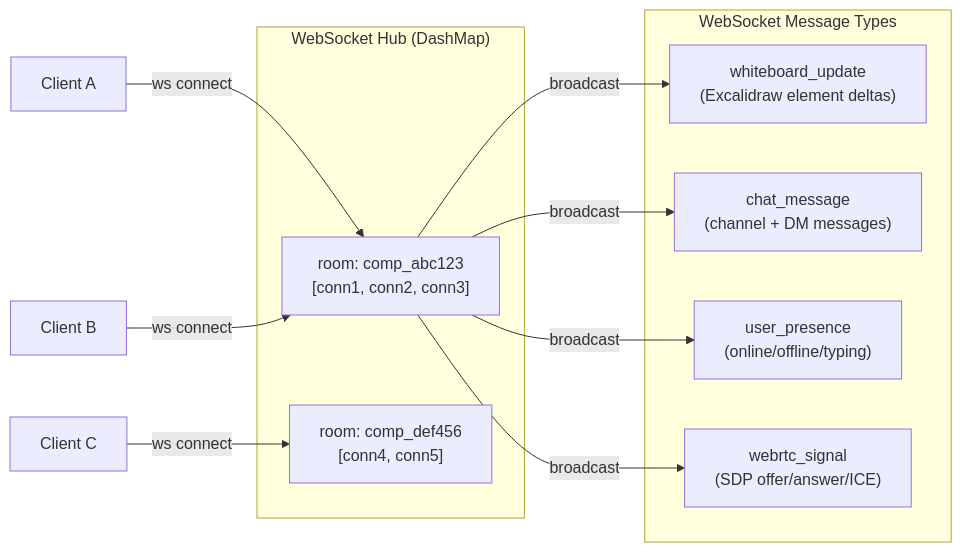
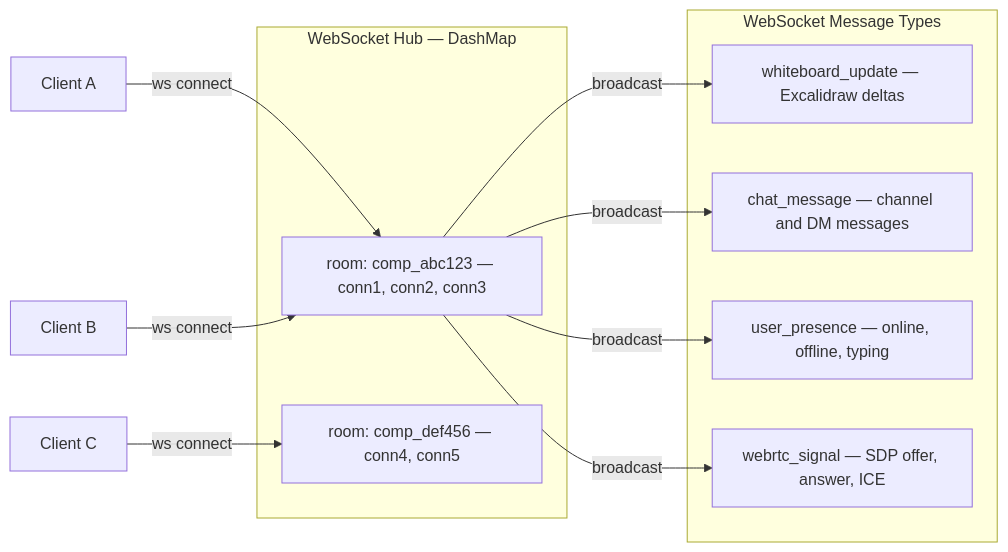
Before and after one commit to aryansrao/theysynced: the fifth of 5 diagrams in README.md, drawn with Mermaid. The commit also changed other lines of this file, not shown here.

First line of the commit message:
fix: repair all Mermaid diagram syntax errors in README

````diff
--- a/README.md
+++ b/README.md
@@ -173,22 +173,22 @@
 ```mermaid
 graph LR
-    subgraph WSHub["WebSocket Hub (DashMap)"]
-        Room1["room: comp_abc123\n[conn1, conn2, conn3]"]
-        Room2["room: comp_def456\n[conn4, conn5]"]
+    subgraph WSHub["WebSocket Hub — DashMap"]
+        Room1["room: comp_abc123 — conn1, conn2, conn3"]
+        Room2["room: comp_def456 — conn4, conn5"]
     end
 
     subgraph MessageTypes["WebSocket Message Types"]
-        Whiteboard["whiteboard_update\n(Excalidraw element deltas)"]
-        Chat["chat_message\n(channel + DM messages)"]
-        Presence["user_presence\n(online/offline/typing)"]
-        Video["webrtc_signal\n(SDP offer/answer/ICE)"]
+        Whiteboard["whiteboard_update — Excalidraw deltas"]
+        Chat["chat_message — channel and DM messages"]
+        Presence["user_presence — online, offline, typing"]
+        Video["webrtc_signal — SDP offer, answer, ICE"]
     end
 
-    Client1["Client A"] -->|ws connect| Room1
-    Client2["Client B"] -->|ws connect| Room1
-    Client3["Client C"] -->|ws connect| Room2
+    ClientA["Client A"] -->|ws connect| Room1
+    ClientB["Client B"] -->|ws connect| Room1
+    ClientC["Client C"] -->|ws connect| Room2
     Room1 -->|broadcast| Whiteboard
     Room1 -->|broadcast| Chat
     Room1 -->|broadcast| Presence
     Room1 -->|broadcast| Video
 ```
````
